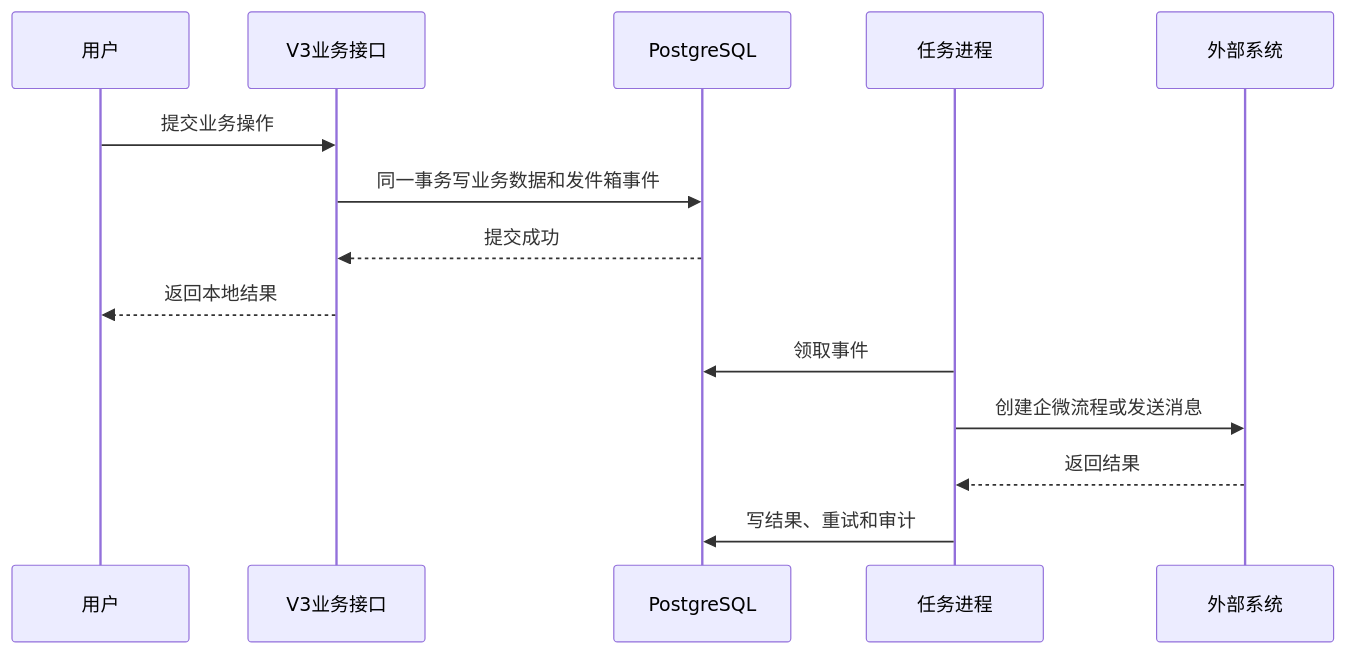
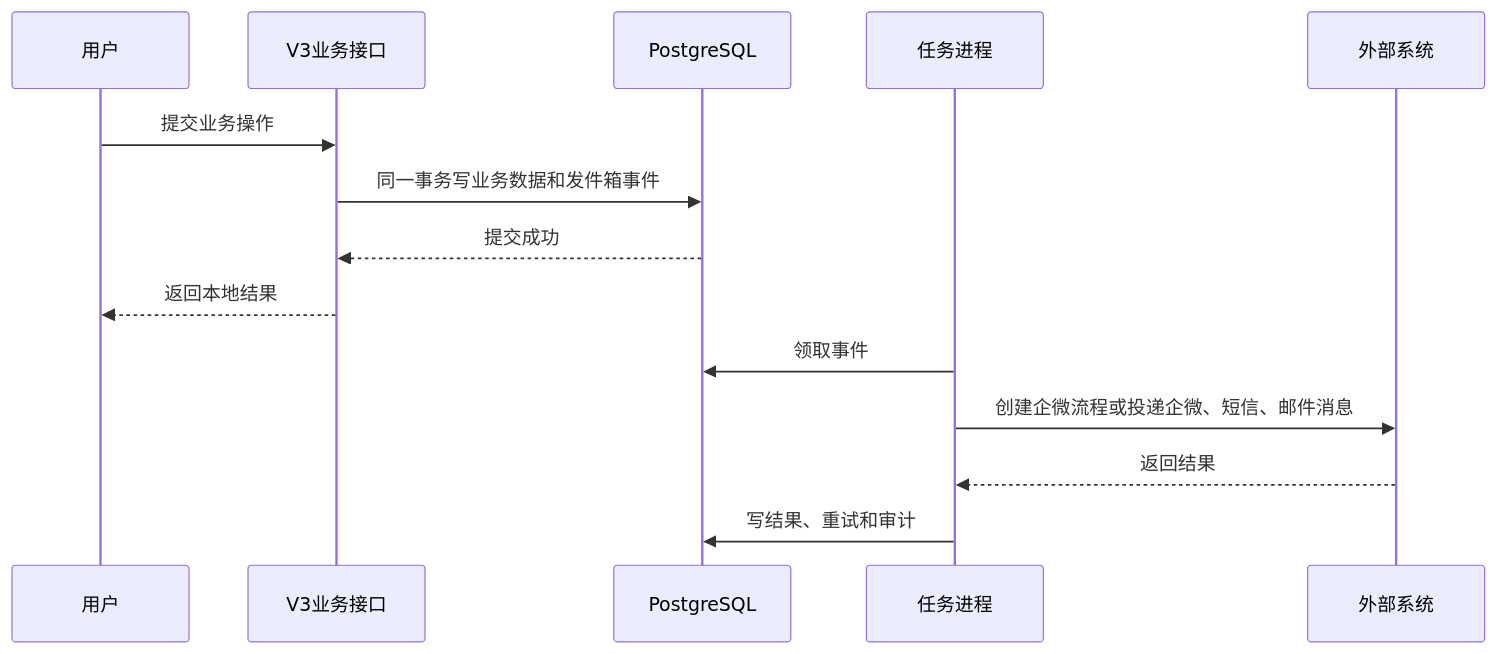
One commit to Liu12138-oss/lianruan-crm-deploy-v3 changed the second of 8 diagrams in docs/V3业务平台底座与业务扩展实施交付方案.md. Above: the diagram before and after it, drawn with Mermaid. The commit also changed other lines of this file and 299 other files, not shown here.

````diff
--- a/docs/V3业务平台底座与业务扩展实施交付方案.md
+++ b/docs/V3业务平台底座与业务扩展实施交付方案.md
@@ -362,16 +417,16 @@
 ```mermaid
 sequenceDiagram
     participant U as 用户
     participant A as V3业务接口
     participant D as PostgreSQL
     participant W as 任务进程
     participant E as 外部系统
     U->>A: 提交业务操作
     A->>D: 同一事务写业务数据和发件箱事件
     D-->>A: 提交成功
     A-->>U: 返回本地结果
     W->>D: 领取事件
-    W->>E: 创建企微流程或发送消息
+    W->>E: 创建企微流程或投递企微、短信、邮件消息
     E-->>W: 返回结果
     W->>D: 写结果、重试和审计
 ```
````
